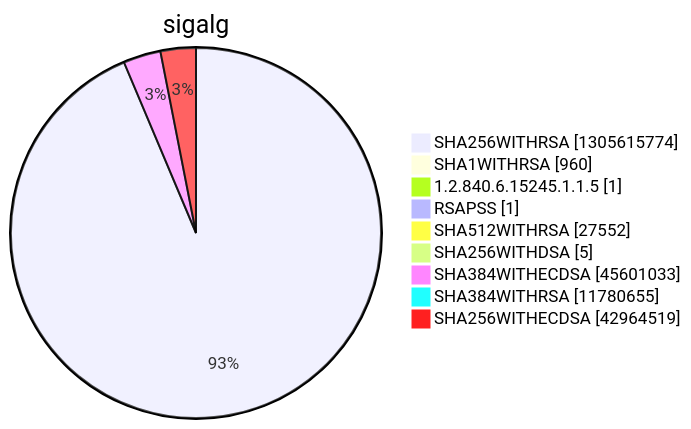
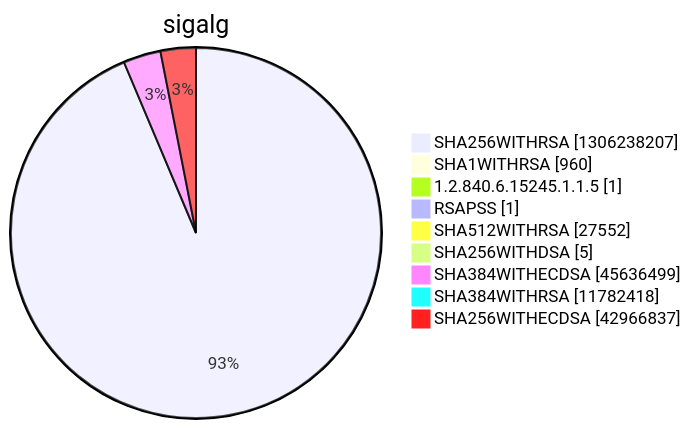
One commit to christiankrug/ctmonitor_visualization changed diagram 15 of 15 in argon2022/README.md. Above: the diagram before and after it, drawn with Mermaid. The commit also changed other lines of this file, not shown here.

````diff
--- a/argon2022/README.md
+++ b/argon2022/README.md
@@ -5523,13 +5523,13 @@
 ```mermaid
 pie showData
 title sigalg
-"SHA256WITHRSA" :1305615774
+"SHA256WITHRSA" :1306238207
 "SHA1WITHRSA" :960
 "1.2.840.6.15245.1.1.5" :1
 "RSAPSS" :1
 "SHA512WITHRSA" :27552
 "SHA256WITHDSA" :5
-"SHA384WITHECDSA" :45601033
-"SHA384WITHRSA" :11780655
-"SHA256WITHECDSA" :42964519
+"SHA384WITHECDSA" :45636499
+"SHA384WITHRSA" :11782418
+"SHA256WITHECDSA" :42966837
 ```
````
